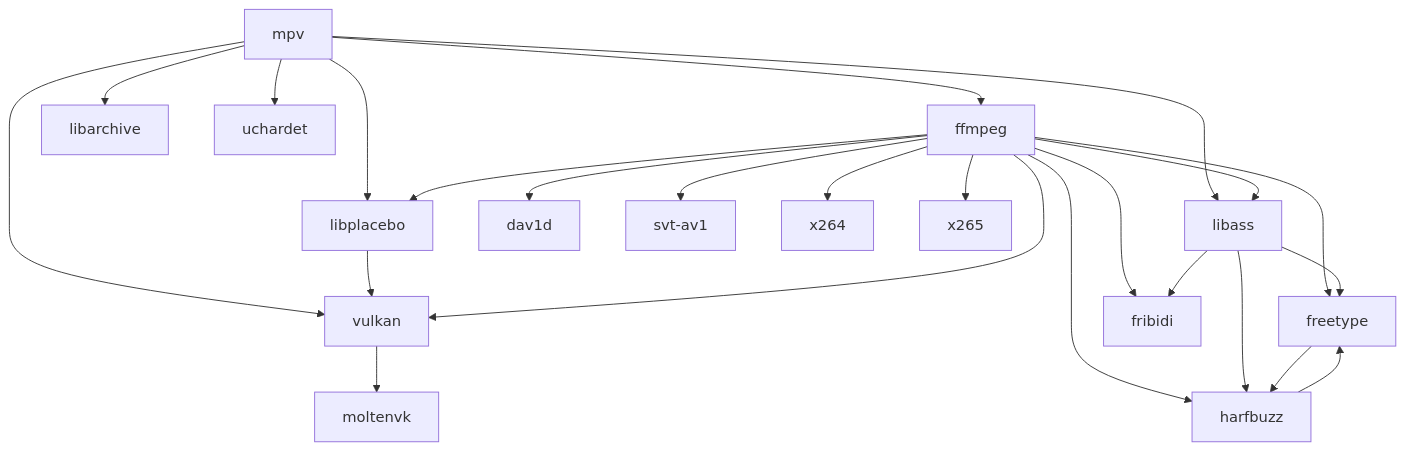
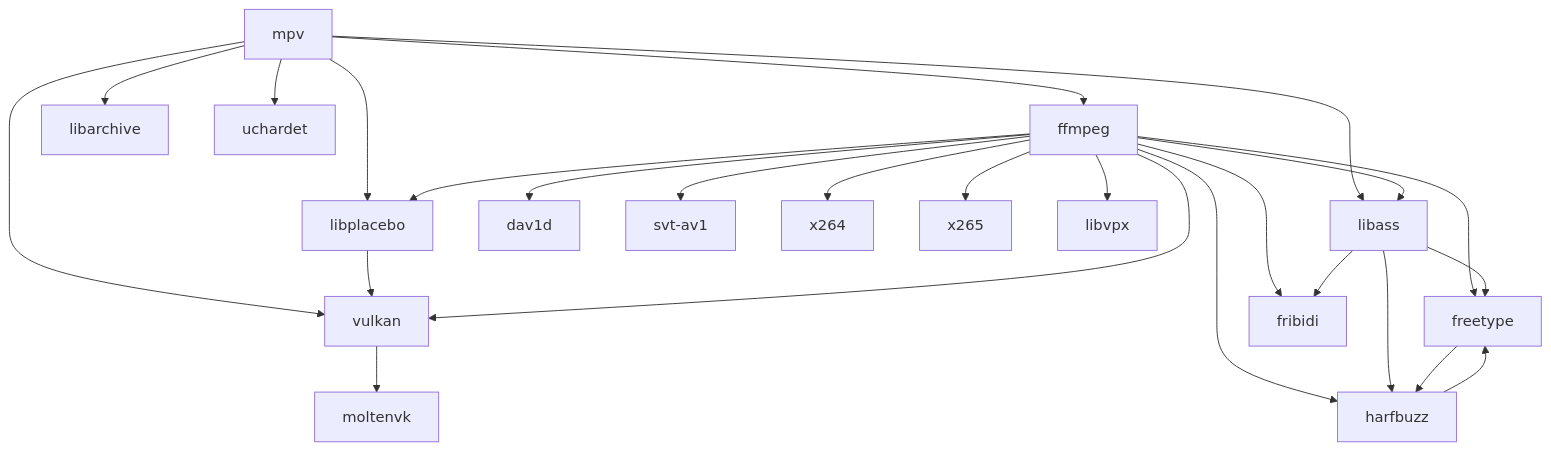
One commit to m154k1/mpv-build-macOS changed the diagram in README.md. Above: the diagram before and after it, drawn with Mermaid. The commit also changed other lines of this file and 2 other files, not shown here.

Commit message:
scripts: add build-libvpx

````diff
--- a/README.md
+++ b/README.md
@@ -171,26 +178,27 @@
 ```mermaid
 graph TD;
    mpv-->ffmpeg;
    mpv-->libplacebo;
    mpv-->vulkan;
    mpv-->libass;
    mpv-->libarchive;
    mpv-->uchardet;
    libplacebo-->vulkan;
    vulkan-->moltenvk;
    ffmpeg-->libplacebo;
    ffmpeg-->vulkan;
    ffmpeg-->dav1d;
    ffmpeg-->svt-av1;
    ffmpeg-->x264;
    ffmpeg-->x265;
+   ffmpeg-->libvpx;
    ffmpeg-->libass;
    ffmpeg-->freetype;
    ffmpeg-->harfbuzz;
    ffmpeg-->fribidi;
    libass-->freetype;
    libass-->harfbuzz;
    libass-->fribidi;
    freetype-->harfbuzz;
    harfbuzz-->freetype;
 ```
````
